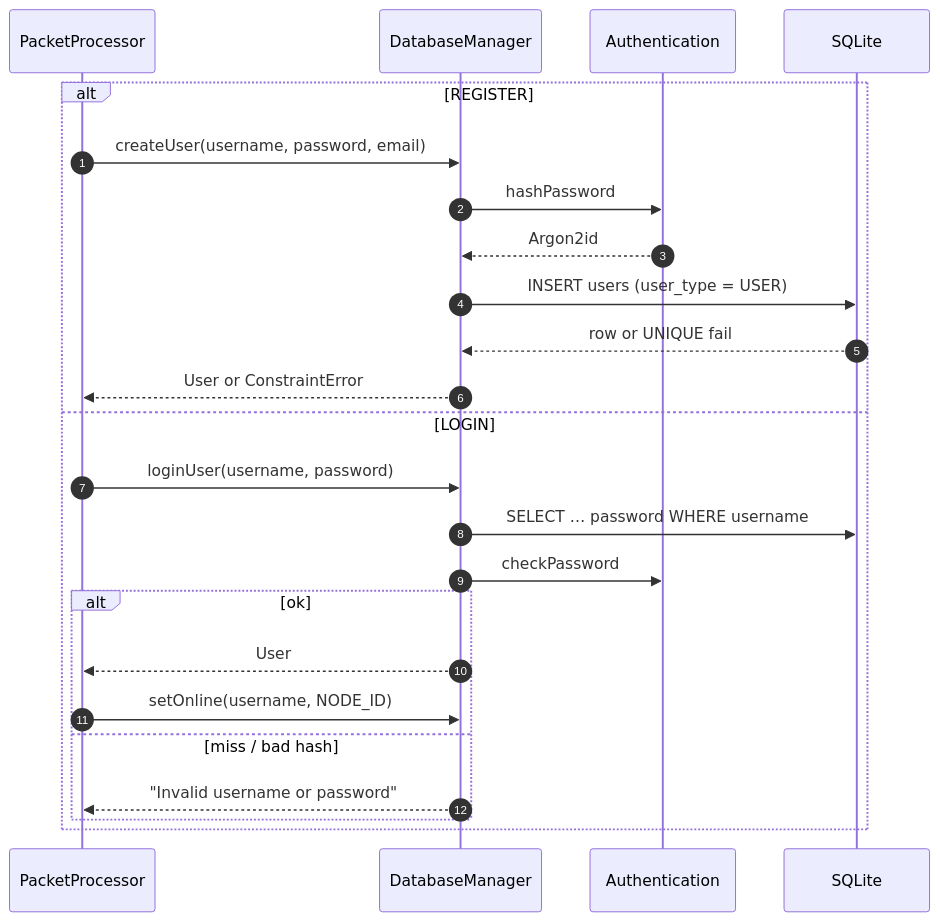
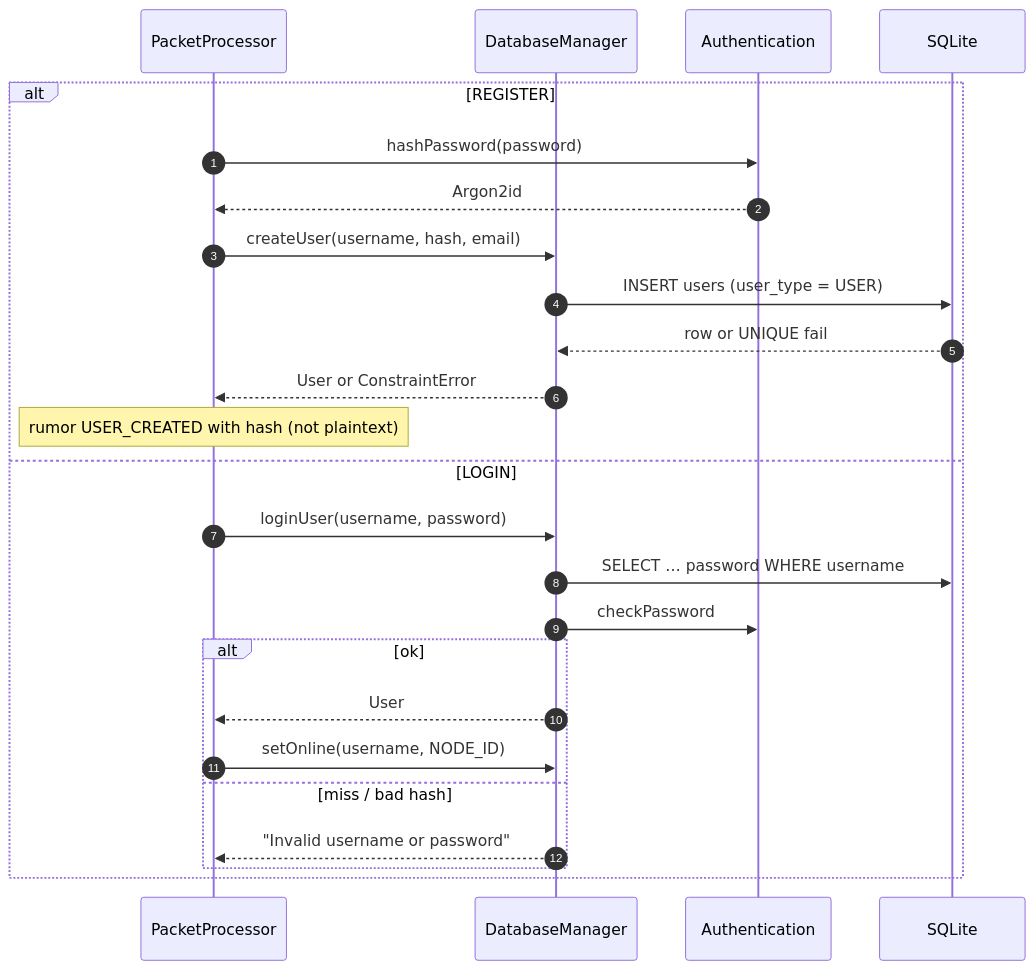
The seventh of 9 diagrams in database.md (OmriSpitzer/Distributed-Chat-Server), drawn with Mermaid before and after one commit. The commit also changed other lines of this file and 14 other files, not shown here.

````diff
--- a/database.md
+++ b/database.md
@@ -353,27 +353,28 @@
 ```mermaid
 sequenceDiagram
   autonumber
   participant PP as PacketProcessor
   participant DB as DatabaseManager
   participant A as Authentication
   participant S as SQLite
 
   alt REGISTER
-    PP->>DB: createUser(username, password, email)
-    DB->>A: hashPassword
-    A-->>DB: Argon2id
+    PP->>A: hashPassword(password)
+    A-->>PP: Argon2id
+    PP->>DB: createUser(username, hash, email)
     DB->>S: INSERT users (user_type = USER)
     S-->>DB: row or UNIQUE fail
     DB-->>PP: User or ConstraintError
+    Note over PP: rumor USER_CREATED with hash (not plaintext)
   else LOGIN
     PP->>DB: loginUser(username, password)
     DB->>S: SELECT … password WHERE username
     DB->>A: checkPassword
     alt ok
       DB-->>PP: User
       PP->>DB: setOnline(username, NODE_ID)
     else miss / bad hash
       DB-->>PP: "Invalid username or password"
     end
   end
 ```
````
